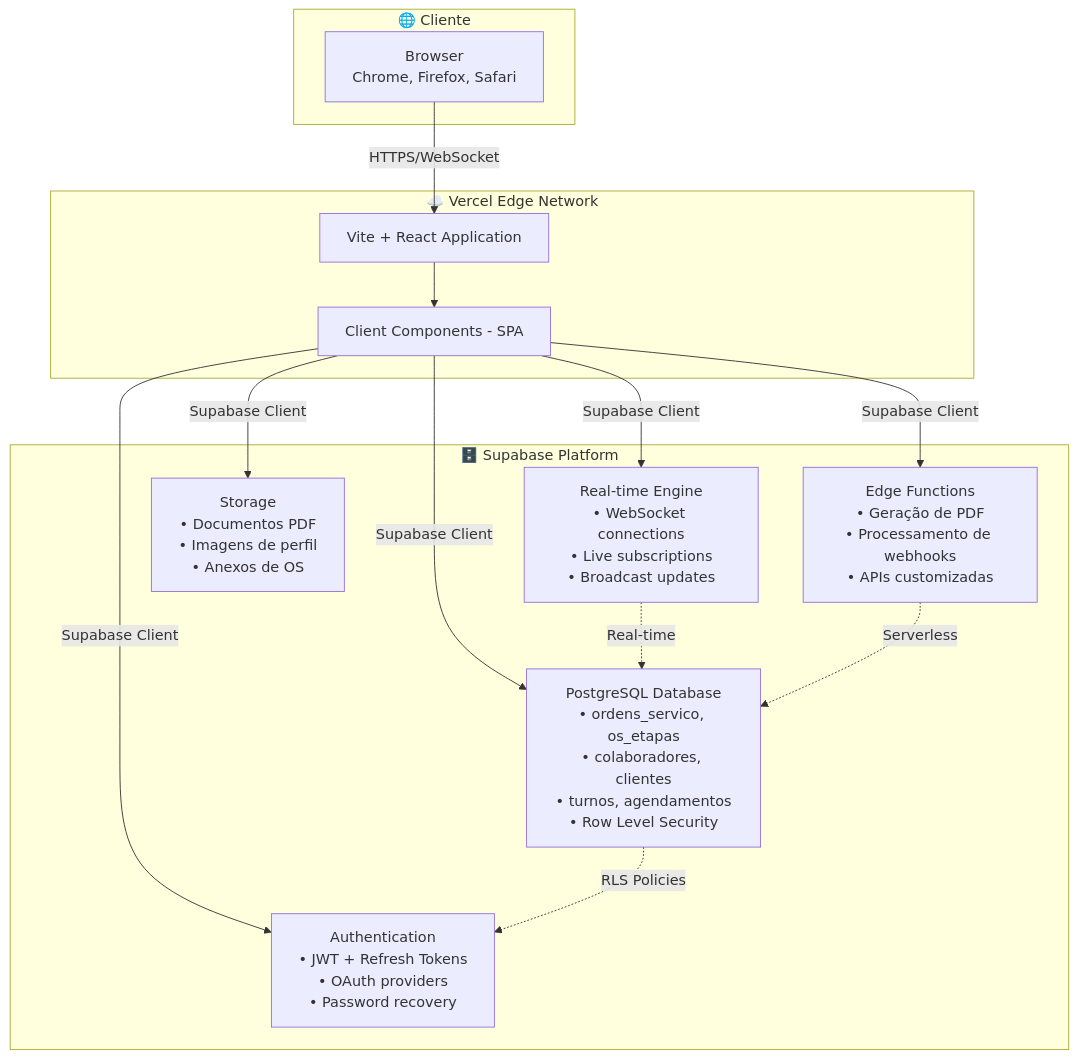
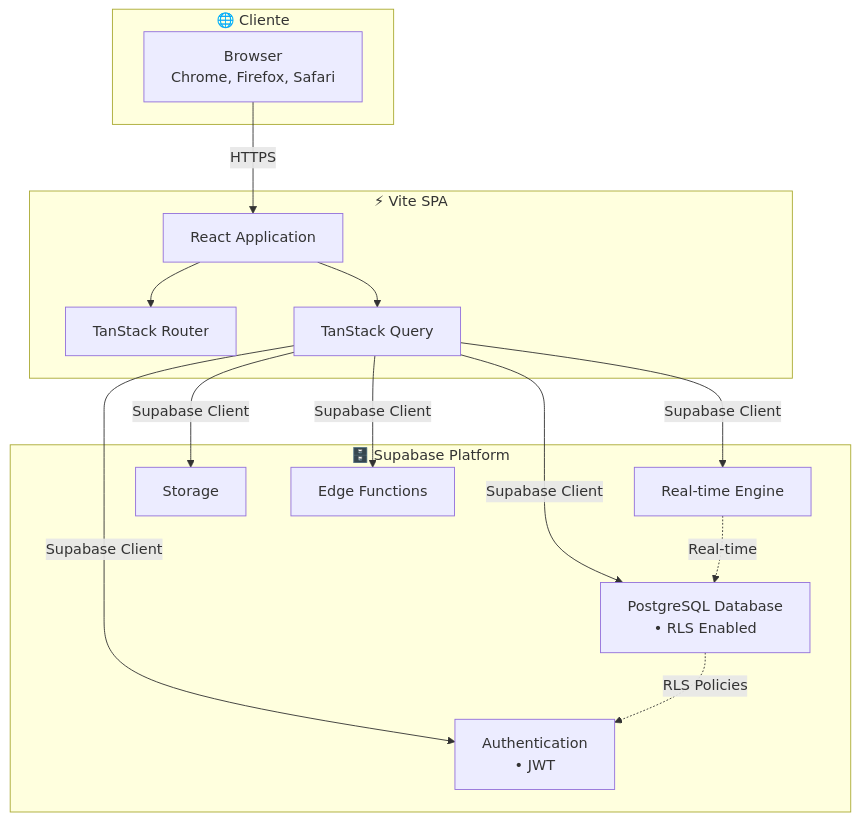
The diagram in docs/sistema/ARQUITETURA.md (pCruvinel/Minervav2), drawn with Mermaid before and after one commit. The commit also changed other lines of this file and 77 other files, not shown here.

````diff
--- a/docs/sistema/ARQUITETURA.md
+++ b/docs/sistema/ARQUITETURA.md
@@ -15,32 +13,33 @@
 ```mermaid
 flowchart TD
     subgraph "🌐 Cliente"
         A1[Browser<br/>Chrome, Firefox, Safari]
     end
 
-    subgraph "☁️ Vercel Edge Network"
-        B1[Vite + React Application]
-        B2[Client Components - SPA]
+    subgraph "⚡ Vite SPA"
+        B1[React Application]
+        B2[TanStack Router]
+        B3[TanStack Query]
     end
 
     subgraph "🗄️ Supabase Platform"
-        C1[PostgreSQL Database<br/>• ordens_servico, os_etapas<br/>• colaboradores, clientes<br/>• turnos, agendamentos<br/>• Row Level Security]
-        C2[Authentication<br/>• JWT + Refresh Tokens<br/>• OAuth providers<br/>• Password recovery]
-        C3[Real-time Engine<br/>• WebSocket connections<br/>• Live subscriptions<br/>• Broadcast updates]
-        C4[Storage<br/>• Documentos PDF<br/>• Imagens de perfil<br/>• Anexos de OS]
-        C5[Edge Functions<br/>• Geração de PDF<br/>• Processamento de webhooks<br/>• APIs customizadas]
+        C1[PostgreSQL Database<br/>• RLS Enabled]
+        C2[Authentication<br/>• JWT]
+        C3[Real-time Engine]
+        C4[Storage]
+        C5[Edge Functions]
     end
 
-    A1 -->|HTTPS/WebSocket| B1
+    A1 -->|HTTPS| B1
     B1 --> B2
-
-    B2 -->|Supabase Client| C1
-    B2 -->|Supabase Client| C2
-    B2 -->|Supabase Client| C3
-    B2 -->|Supabase Client| C4
-    B2 -->|Supabase Client| C5
+    B1 --> B3
+    
+    B3 -->|Supabase Client| C1
+    B3 -->|Supabase Client| C2
+    B3 -->|Supabase Client| C3
+    B3 -->|Supabase Client| C4
+    B3 -->|Supabase Client| C5
 
     C1 -.->|RLS Policies| C2
     C3 -.->|Real-time| C1
-    C5 -.->|Serverless| C1
 ```
````
